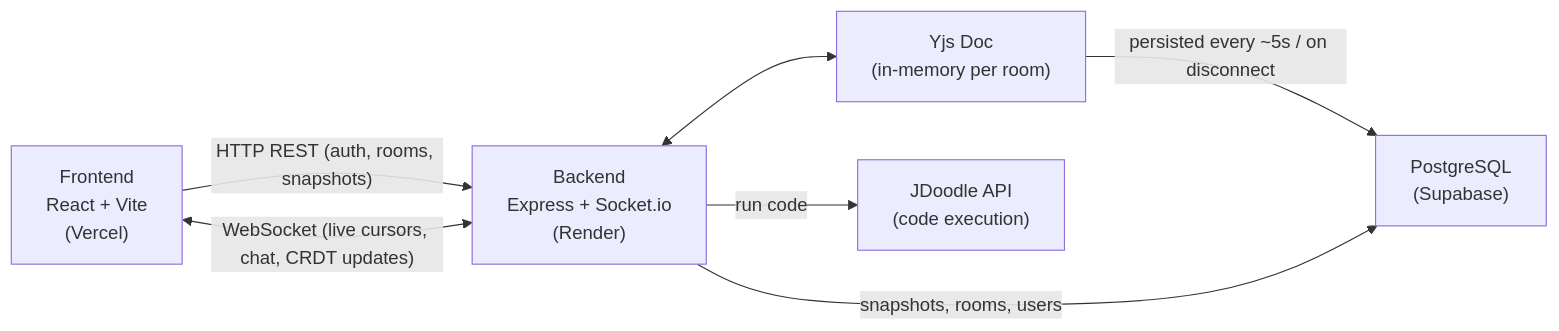
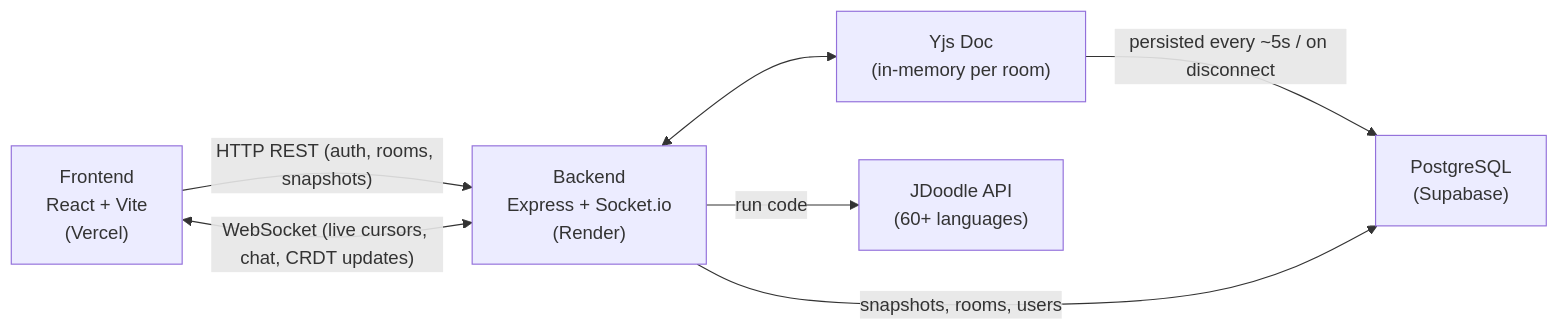
One commit to codertoji-spec/CodeCollab changed the diagram in README.md. Above: the diagram before and after it, drawn with Mermaid. The commit also changed other lines of this file, not shown here.

Commit message:
Update README with 60+ languages, project structure, and current features

````diff
--- a/README.md
+++ b/README.md
@@ -116,15 +131,15 @@
 ```mermaid
 flowchart LR
     FE["Frontend<br/>React + Vite<br/>(Vercel)"]
     BE["Backend<br/>Express + Socket.io<br/>(Render)"]
     YJS["Yjs Doc<br/>(in-memory per room)"]
     PG["PostgreSQL<br/>(Supabase)"]
-    JD["JDoodle API<br/>(code execution)"]
+    JD["JDoodle API<br/>(60+ languages)"]
 
     FE -- "HTTP REST (auth, rooms, snapshots)" --> BE
     FE <-- "WebSocket (live cursors, chat, CRDT updates)" --> BE
     BE <--> YJS
     YJS -- "persisted every ~5s / on disconnect" --> PG
     BE -- "snapshots, rooms, users" --> PG
     BE -- "run code" --> JD
 ```
````
